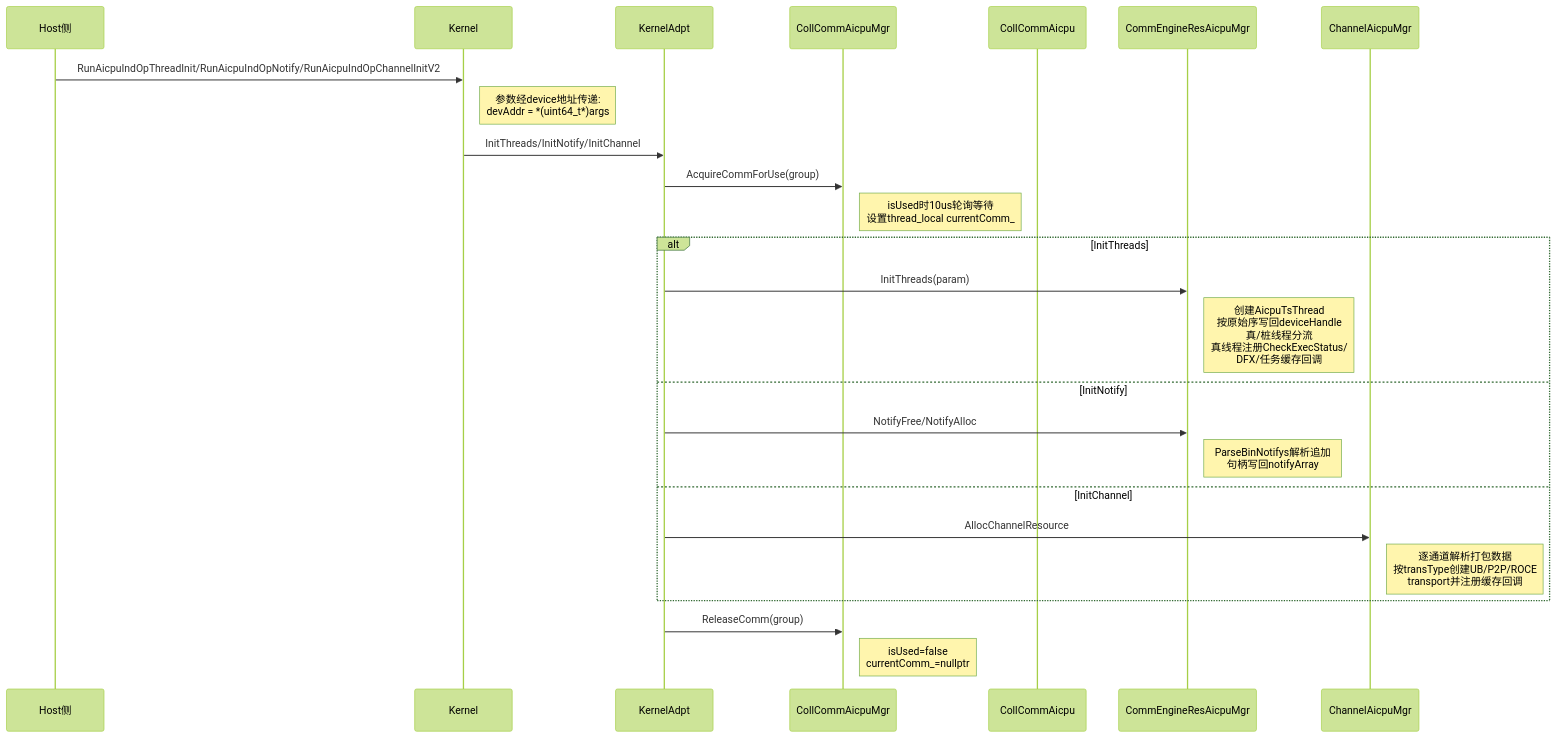
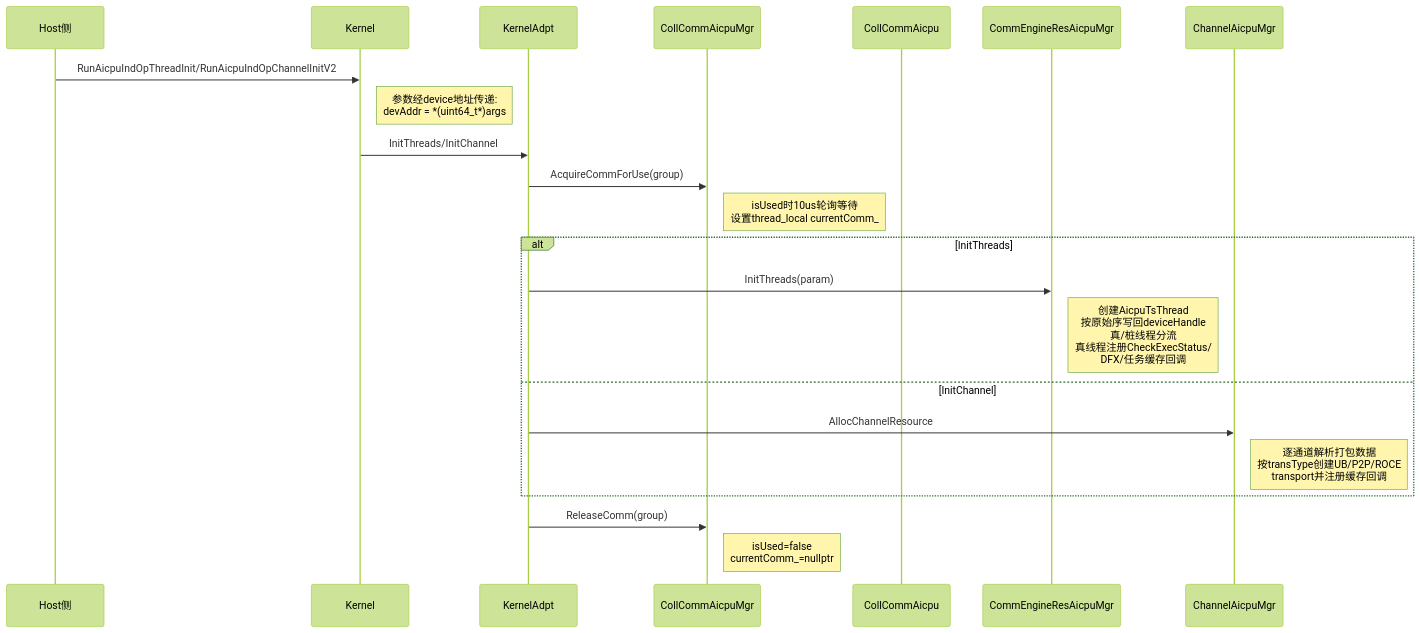
The fifth of 12 diagrams in src/coll_communicator_mgr/communicator/communicator.md (Atlas-Ascend-Fork/hcomm), drawn with Mermaid (forest theme) before and after one commit. The commit also changed other lines of this file and 48 other files, not shown here.

````diff
--- a/src/coll_communicator_mgr/communicator/communicator.md
+++ b/src/coll_communicator_mgr/communicator/communicator.md
@@ -270,31 +264,28 @@
 ```mermaid
 sequenceDiagram
     participant Host侧
     participant Kernel
     participant KernelAdpt
     participant CollCommAicpuMgr
     participant CollCommAicpu
     participant CommEngineResAicpuMgr
     participant ChannelAicpuMgr
 
-    Host侧->>Kernel: RunAicpuIndOpThreadInit/RunAicpuIndOpNotify/RunAicpuIndOpChannelInitV2
+    Host侧->>Kernel: RunAicpuIndOpThreadInit/RunAicpuIndOpChannelInitV2
     Note right of Kernel: 参数经device地址传递:<br/>devAddr = *(uint64_t*)args
 
-    Kernel->>KernelAdpt: InitThreads/InitNotify/InitChannel
+    Kernel->>KernelAdpt: InitThreads/InitChannel
     KernelAdpt->>CollCommAicpuMgr: AcquireCommForUse(group)
     Note right of CollCommAicpuMgr: isUsed时10us轮询等待<br/>设置thread_local currentComm_
 
     alt InitThreads
         KernelAdpt->>CommEngineResAicpuMgr: InitThreads(param)
         Note right of CommEngineResAicpuMgr: 创建AicpuTsThread<br/>按原始序写回deviceHandle<br/>真/桩线程分流<br/>真线程注册CheckExecStatus/<br/>DFX/任务缓存回调
-    else InitNotify
-        KernelAdpt->>CommEngineResAicpuMgr: NotifyFree/NotifyAlloc
-        Note right of CommEngineResAicpuMgr: ParseBinNotifys解析追加<br/>句柄写回notifyArray
     else InitChannel
         KernelAdpt->>ChannelAicpuMgr: AllocChannelResource
         Note right of ChannelAicpuMgr: 逐通道解析打包数据<br/>按transType创建UB/P2P/ROCE<br/>transport并注册缓存回调
     end
 
     KernelAdpt->>CollCommAicpuMgr: ReleaseComm(group)
     Note right of CollCommAicpuMgr: isUsed=false<br/>currentComm_=nullptr
 ```
````
